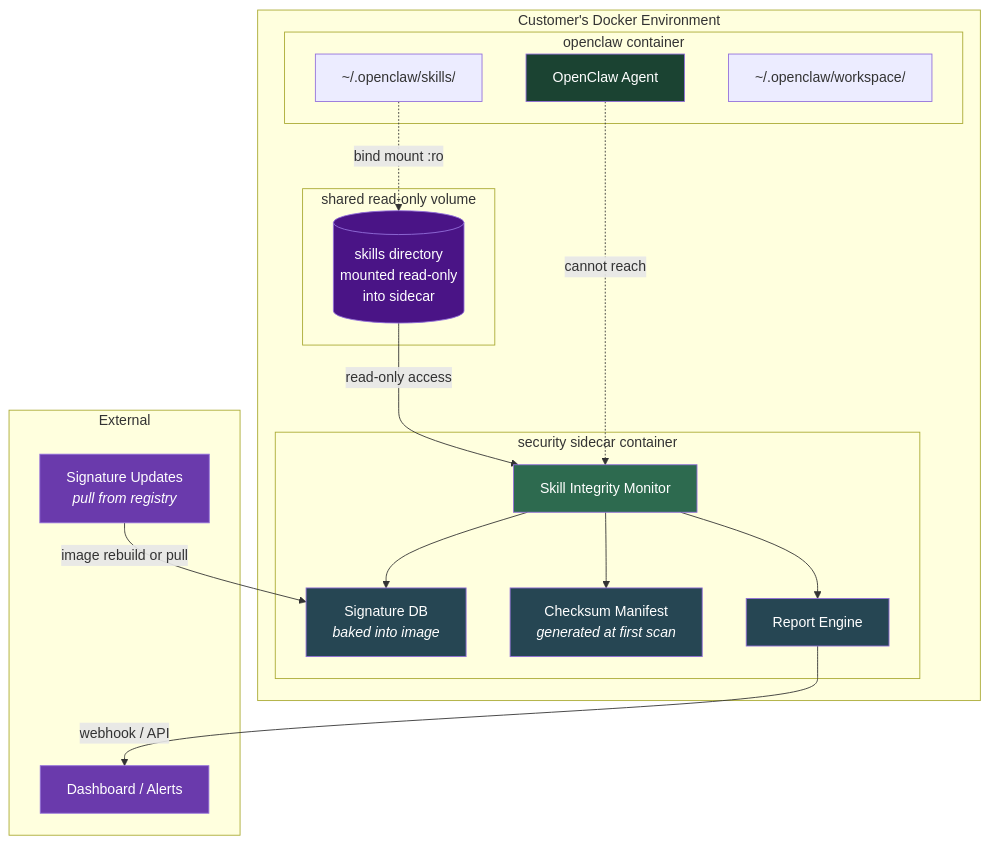
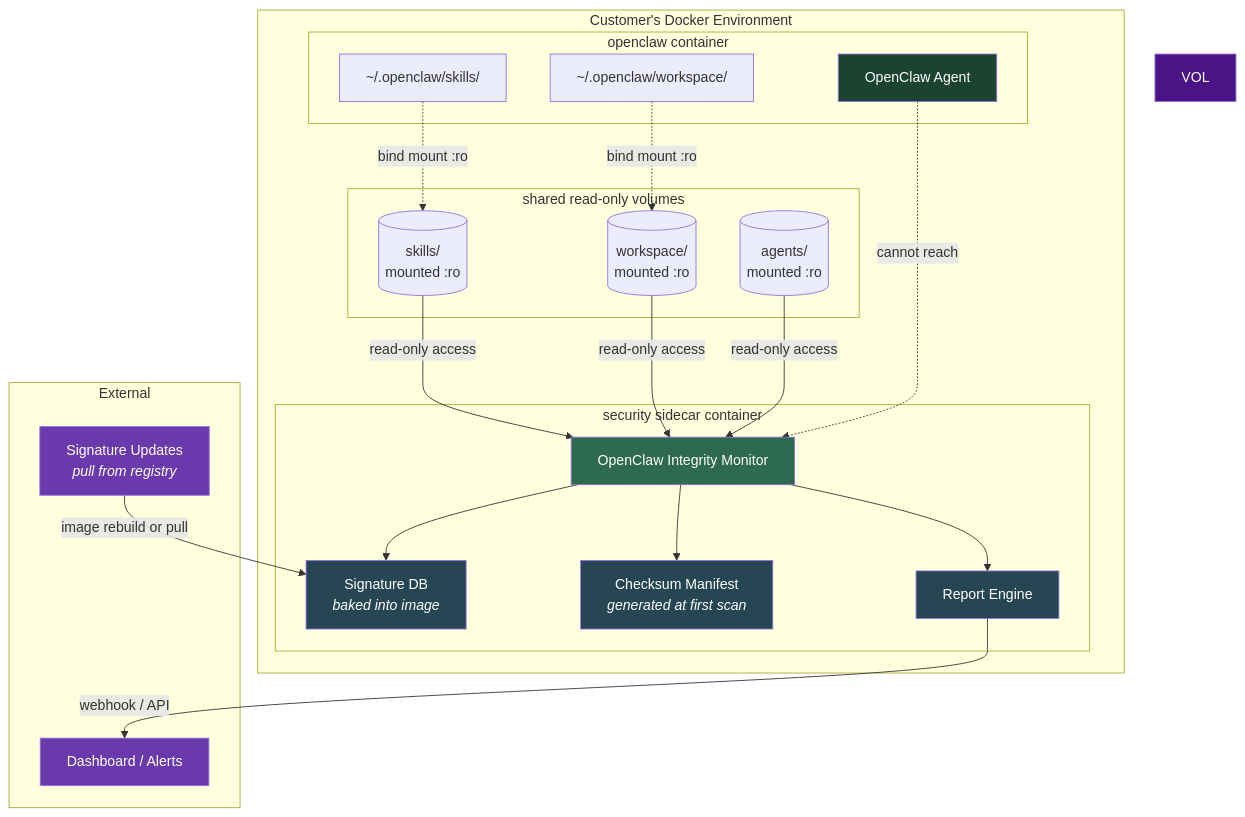
The second of 3 diagrams in docs/security-sidecar.md (homercsimpson50/openclaw-containers), drawn with Mermaid before and after one commit. The commit also changed other lines of this file, not shown here.

First line of the commit message:
Update security sidecar doc to consistently reference skills/, workspace/, and agents/ throughout

````diff
--- a/docs/security-sidecar.md
+++ b/docs/security-sidecar.md
@@ -55,45 +56,50 @@
 ```mermaid
 graph TB
     subgraph "Customer's Docker Environment"
         subgraph "openclaw container"
             OC[OpenClaw Agent]
             SKILLS1[~/.openclaw/skills/]
             WORKSPACE1[~/.openclaw/workspace/]
         end
 
         subgraph "security sidecar container"
-            SCANNER[Skill Integrity Monitor]
+            SCANNER[OpenClaw Integrity Monitor]
             SIGDB[Signature DB<br/><i>baked into image</i>]
             HASHDB[Checksum Manifest<br/><i>generated at first scan</i>]
             REPORT[Report Engine]
         end
 
-        subgraph "shared read-only volume"
-            VOL[(skills directory<br/>mounted read-only<br/>into sidecar)]
+        subgraph "shared read-only volumes"
+            VOL1[(skills/<br/>mounted :ro)]
+            VOL2[(workspace/<br/>mounted :ro)]
+            VOL3[(agents/<br/>mounted :ro)]
         end
     end
 
     subgraph "External"
         DASH[Dashboard / Alerts]
         UPDATE[Signature Updates<br/><i>pull from registry</i>]
     end
 
-    SKILLS1 -.->|"bind mount :ro"| VOL
-    VOL -->|"read-only access"| SCANNER
+    SKILLS1 -.->|"bind mount :ro"| VOL1
+    WORKSPACE1 -.->|"bind mount :ro"| VOL2
+    VOL1 -->|"read-only access"| SCANNER
+    VOL2 -->|"read-only access"| SCANNER
+    VOL3 -->|"read-only access"| SCANNER
     SCANNER --> HASHDB
     SCANNER --> SIGDB
     SCANNER --> REPORT
     REPORT -->|"webhook / API"| DASH
     UPDATE -->|"image rebuild or pull"| SIGDB
 
     OC -.->|"cannot reach"| SCANNER
 
     style OC fill:#1b4332,color:#fff
     style SCANNER fill:#2d6a4f,color:#fff
     style SIGDB fill:#264653,color:#fff
     style HASHDB fill:#264653,color:#fff
     style REPORT fill:#264653,color:#fff
     style VOL fill:#4a1486,color:#fff
     style DASH fill:#6a3aac,color:#fff
     style UPDATE fill:#6a3aac,color:#fff
 ```
````
